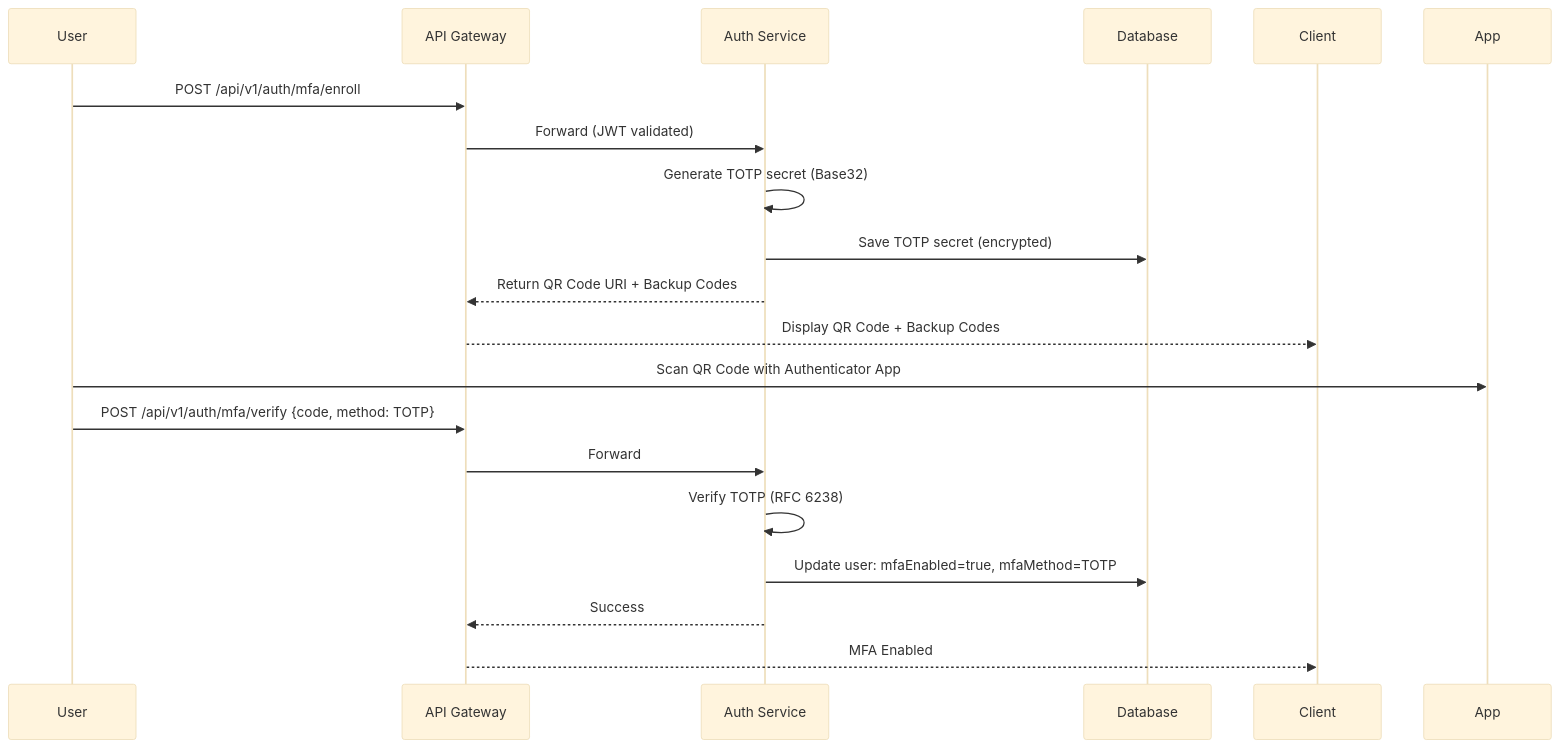
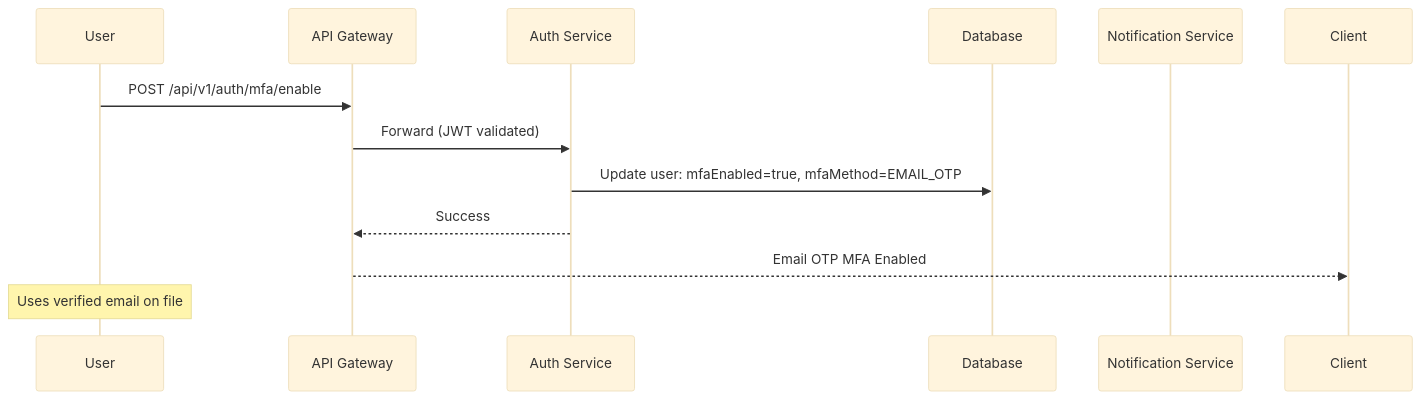
The first of 2 diagrams in documentation/decisions/adrs/ADR-009_MFA_METHODS.md (Rabbaniinamdar/citi-core-project), drawn with Mermaid (base theme) before and after one commit. The commit also changed other lines of this file and 43 other files, not shown here.

Commit message:
redesigned MFA with TOTP to OTP

````diff
--- a/documentation/decisions/adrs/ADR-009_MFA_METHODS.md
+++ b/documentation/decisions/adrs/ADR-009_MFA_METHODS.md
@@ -40,21 +29,15 @@
 ```mermaid
 sequenceDiagram
     participant User
     participant GW as API Gateway
     participant AUTH as Auth Service
     participant DB as Database
+    participant NOTIF as Notification Service
     
-    User->>GW: POST /api/v1/auth/mfa/enroll
+    User->>GW: POST /api/v1/auth/mfa/enable
     GW->>AUTH: Forward (JWT validated)
-    AUTH->>AUTH: Generate TOTP secret (Base32)
-    AUTH->>DB: Save TOTP secret (encrypted)
-    AUTH-->>GW: Return QR Code URI + Backup Codes
-    GW-->>Client: Display QR Code + Backup Codes
-    User->>App: Scan QR Code with Authenticator App
-    User->>GW: POST /api/v1/auth/mfa/verify {code, method: TOTP}
-    GW->>AUTH: Forward
-    AUTH->>AUTH: Verify TOTP (RFC 6238)
-    AUTH->>DB: Update user: mfaEnabled=true, mfaMethod=TOTP
+    AUTH->>DB: Update user: mfaEnabled=true, mfaMethod=EMAIL_OTP
     AUTH-->>GW: Success
-    GW-->>Client: MFA Enabled
+    GW-->>Client: Email OTP MFA Enabled
+    Note over User: Uses verified email on file
 ```
````
